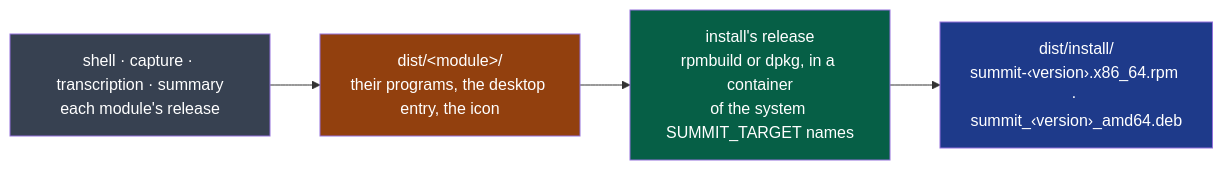
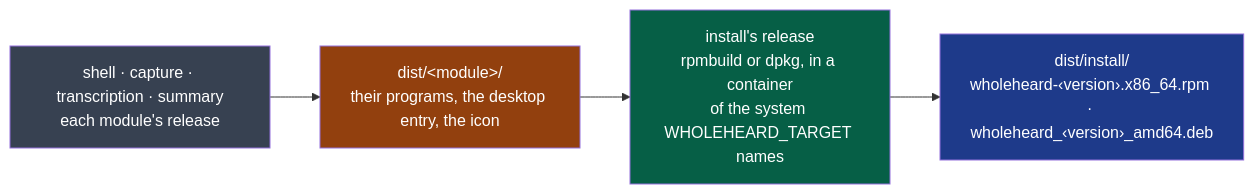
One commit to NapkinStack/wholeheard changed the diagram in modules/install/README.md. Above: the diagram before and after it, drawn with Mermaid. The commit also changed other lines of this file and 9 other files, not shown here.

First line of the commit message:
D28 — install: the wholeheard package, taking Summit's place

````diff
--- a/modules/install/README.md
+++ b/modules/install/README.md
@@ -6,10 +6,10 @@
 ```mermaid
 flowchart LR
     M["shell · capture · transcription · summary<br/>each module's release"]:::mod --> D["dist/&lt;module&gt;/<br/>their programs, the desktop entry, the icon"]:::art
-    D --> B["install's release<br/>rpmbuild or dpkg, in a container<br/>of the system SUMMIT_TARGET names"]:::this
-    B --> R["dist/install/<br/>summit-‹version›.x86_64.rpm · summit_‹version›_amd64.deb"]:::out
+    D --> B["install's release<br/>rpmbuild or dpkg, in a container<br/>of the system WHOLEHEARD_TARGET names"]:::this
+    B --> R["dist/install/<br/>wholeheard-‹version›.x86_64.rpm · wholeheard_‹version›_amd64.deb"]:::out
     classDef mod fill:#374151,color:#fff
     classDef art fill:#92400e,color:#fff
     classDef this fill:#065f46,color:#fff
     classDef out fill:#1e3a8a,color:#fff
 ```
````
